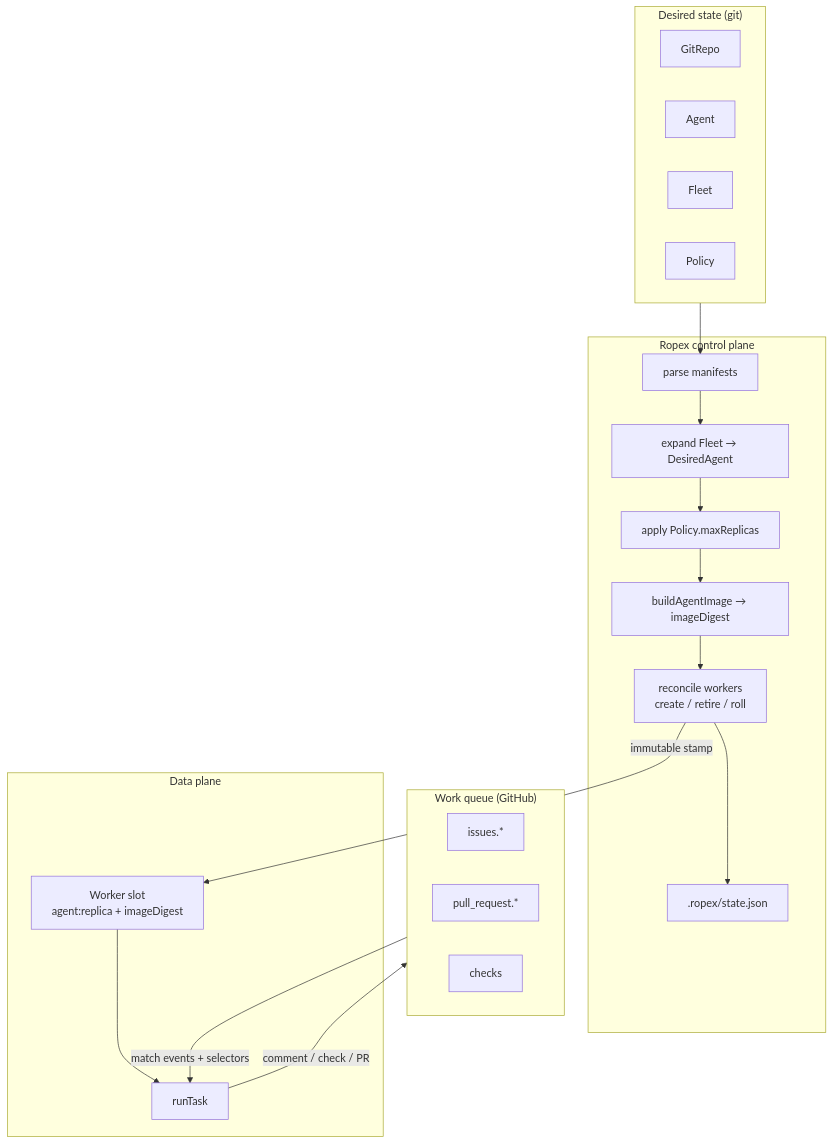
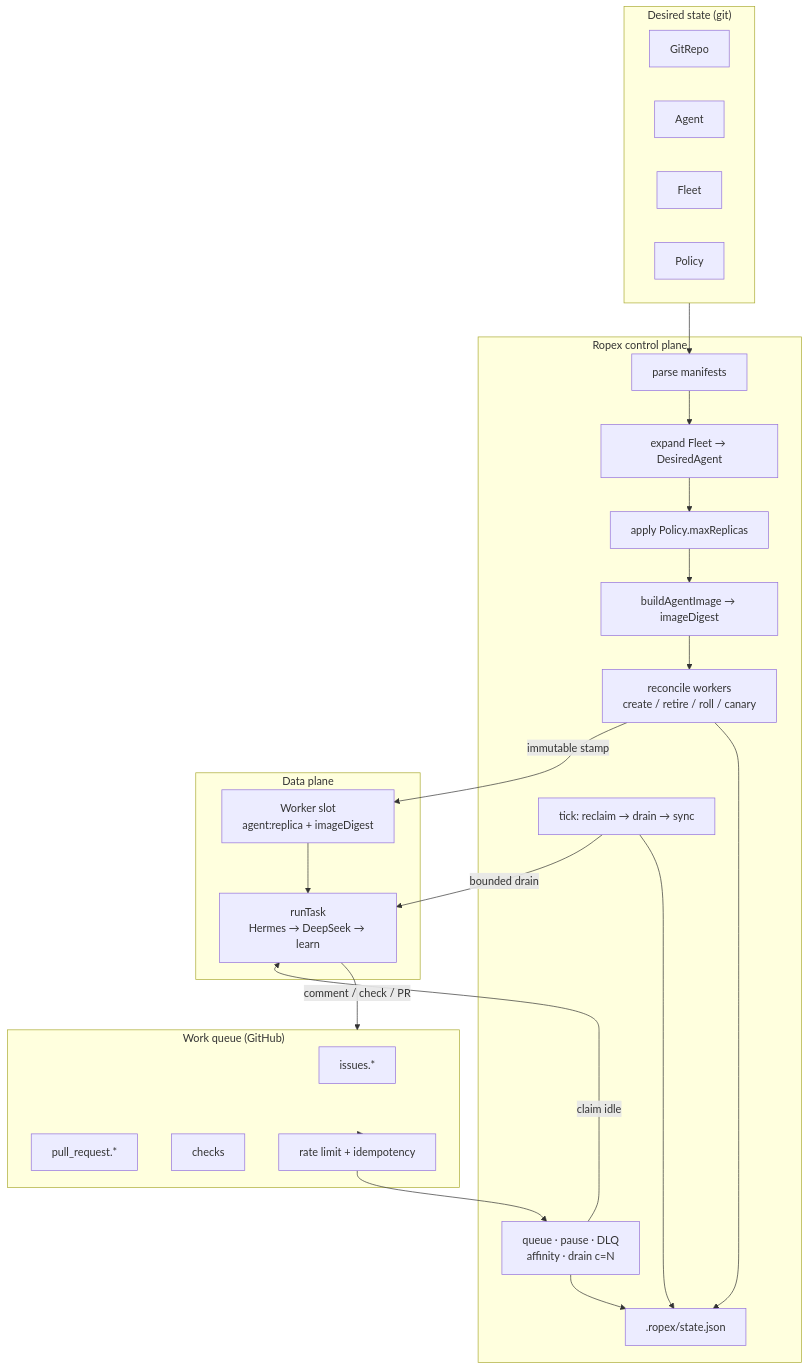
The first of 8 diagrams in docs/architecture.md (amirsdream/ropex), drawn with Mermaid before and after one commit. The commit also changed other lines of this file and 90 other files, not shown here.

````diff
--- a/docs/architecture.md
+++ b/docs/architecture.md
@@ -7,36 +7,43 @@
 ```mermaid
 flowchart TB
   subgraph Desired["Desired state (git)"]
     GR["GitRepo"]
     AG["Agent"]
     FL["Fleet"]
     PO["Policy"]
   end
 
   subgraph Queue["Work queue (GitHub)"]
     ISS["issues.*"]
     PR["pull_request.*"]
     CHK["checks"]
+    RL["rate limit + idempotency"]
   end
 
   subgraph Control["Ropex control plane"]
     PARSE["parse manifests"]
     EXP["expand Fleet → DesiredAgent"]
     CAP["apply Policy.maxReplicas"]
     IMG["buildAgentImage → imageDigest"]
-    REC["reconcile workers\ncreate / retire / roll"]
+    REC["reconcile workers\ncreate / retire / roll / canary"]
+    SCH["queue · pause · DLQ\naffinity · drain c=N"]
+    TICK["tick: reclaim → drain → sync"]
     STATE[".ropex/state.json"]
     PARSE --> EXP --> CAP --> IMG --> REC --> STATE
+    SCH --> STATE
+    TICK --> STATE
   end
 
   subgraph Data["Data plane"]
     W["Worker slot\nagent:replica + imageDigest"]
-    RT["runTask"]
+    RT["runTask\nHermes → DeepSeek → learn"]
     W --> RT
   end
 
   Desired --> PARSE
-  Queue -->|"match events + selectors"| RT
+  Queue --> RL --> SCH
   REC -->|"immutable stamp"| W
+  SCH -->|"claim idle"| RT
+  TICK -->|"bounded drain"| RT
   RT -->|"comment / check / PR"| Queue
 ```
````
